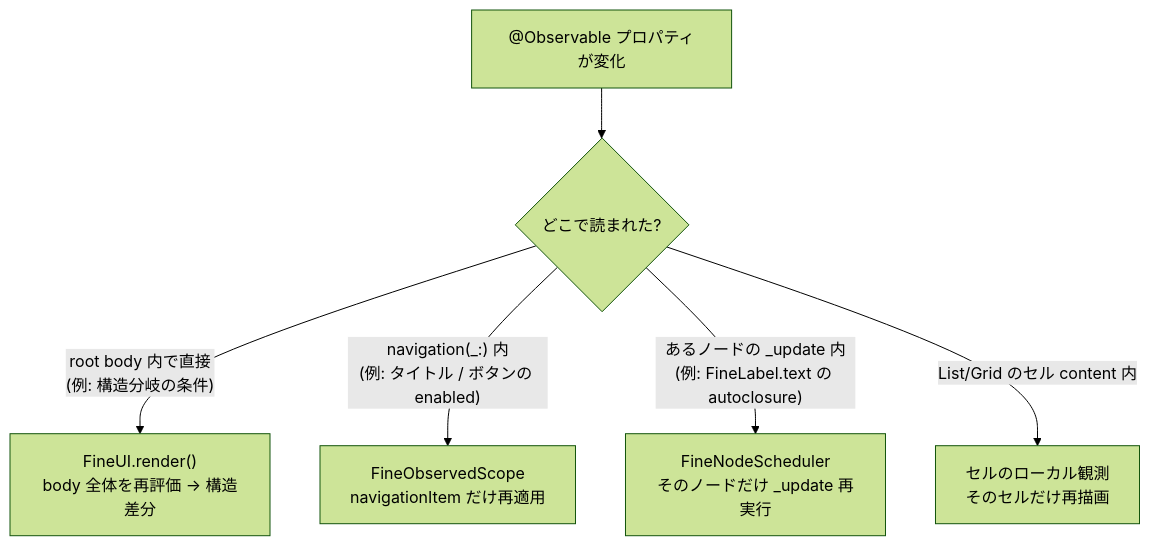
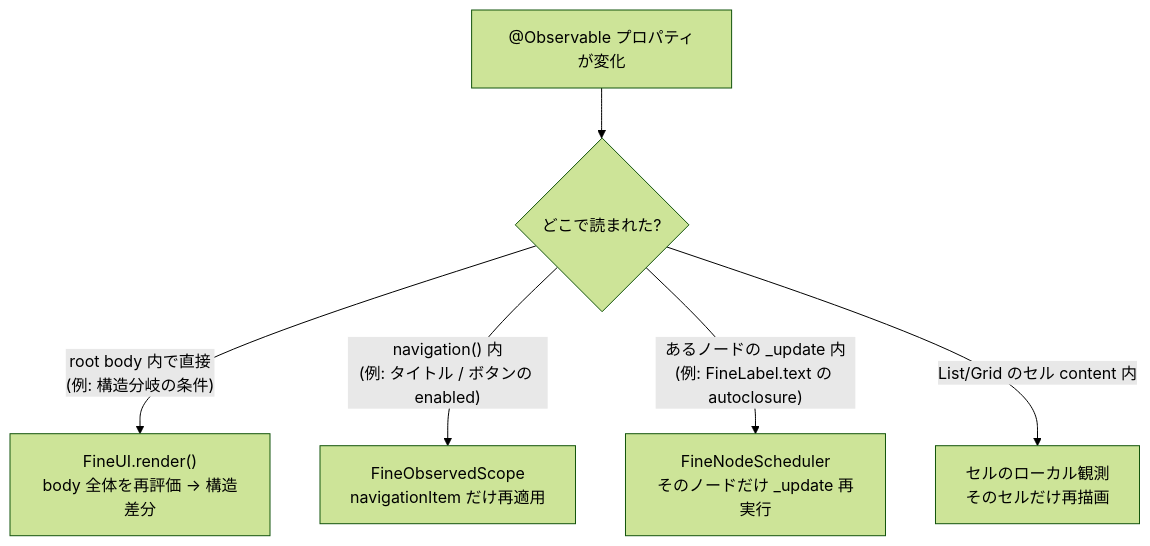
One commit to yuta24/FineUIKit changed the fourth of 6 diagrams in docs/architecture.md. Above: the diagram before and after it, drawn with Mermaid (forest theme). The commit also changed other lines of this file and 3 other files, not shown here.

````diff
--- a/docs/architecture.md
+++ b/docs/architecture.md
@@ -287,8 +287,8 @@
 ```mermaid
 flowchart TD
     Change["@Observable プロパティが変化"] --> Where{"どこで読まれた?"}
     Where -->|"root body 内で直接<br/>(例: 構造分岐の条件)"| Root["FineUI.render()<br/>body 全体を再評価 → 構造差分"]
-    Where -->|"navigation(_:) 内<br/>(例: タイトル / ボタンの enabled)"| Nav["FineObservedScope<br/>navigationItem だけ再適用"]
+    Where -->|"navigation() 内<br/>(例: タイトル / ボタンの enabled)"| Nav["FineObservedScope<br/>navigationItem だけ再適用"]
     Where -->|"あるノードの _update 内<br/>(例: FineLabel.text の autoclosure)"| Node["FineNodeScheduler<br/>そのノードだけ _update 再実行"]
     Where -->|"List/Grid のセル content 内"| Cell["セルのローカル観測<br/>そのセルだけ再描画"]
 ```
````
